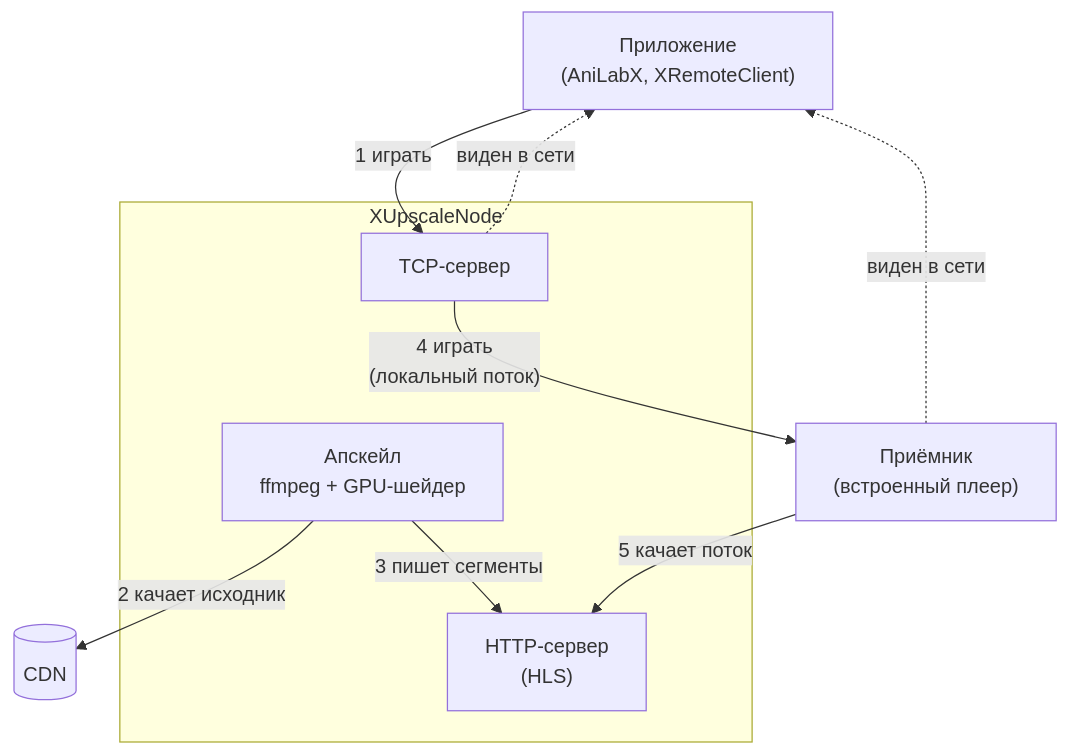
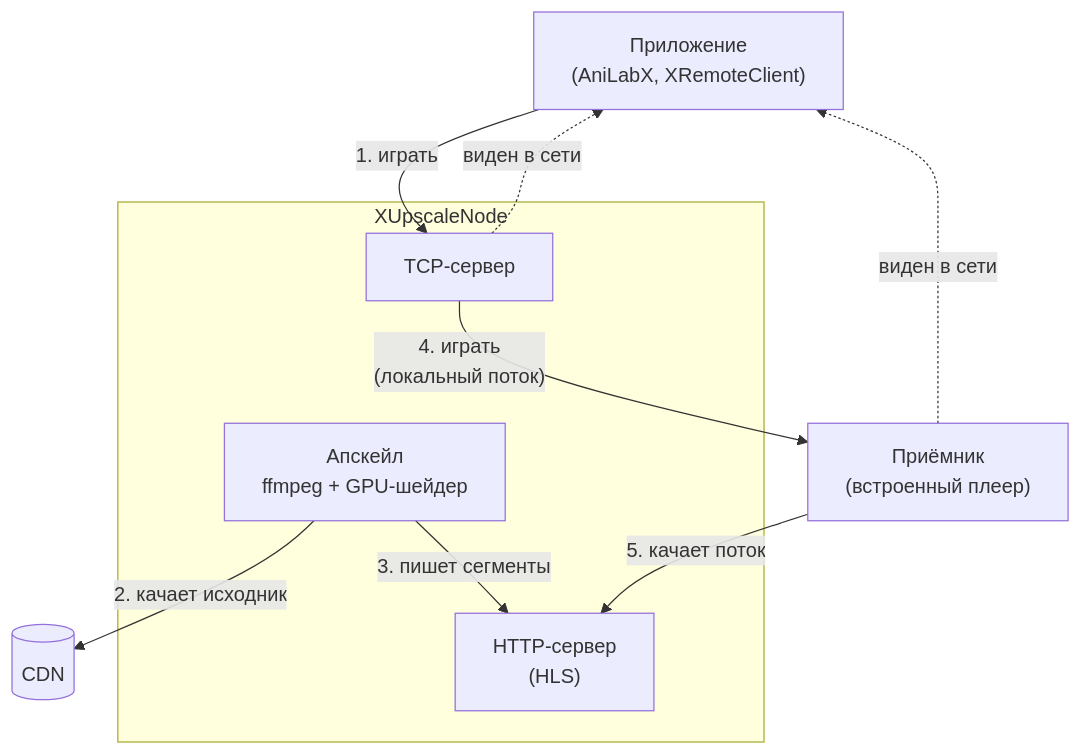
The first of 2 diagrams in README.md (ItsRainingToday/XUpscaleNode), drawn with Mermaid before and after one commit.

````diff
--- a/README.md
+++ b/README.md
@@ -33,20 +33,20 @@
 ```mermaid
 flowchart TD
     A["Приложение\n(AniLabX, XRemoteClient)"]
     E["Приёмник\n(встроенный плеер)"]
     F[("CDN")]
 
     subgraph node["XUpscaleNode"]
         B["TCP-сервер"]
         C["Апскейл\nffmpeg + GPU-шейдер"]
         D["HTTP-сервер\n(HLS)"]
     end
 
     B -. "виден в сети" .-> A
     E -. "виден в сети" .-> A
-    A -- "1 играть" --> B
-    C -- "2 качает исходник" --> F
-    C -- "3 пишет сегменты" --> D
-    B -- "4 играть\n(локальный поток)" --> E
-    E -- "5 качает поток" --> D
+    A -- "1. играть" --> B
+    C -- "2. качает исходник" --> F
+    C -- "3. пишет сегменты" --> D
+    B -- "4. играть\n(локальный поток)" --> E
+    E -- "5. качает поток" --> D
 ```
````
